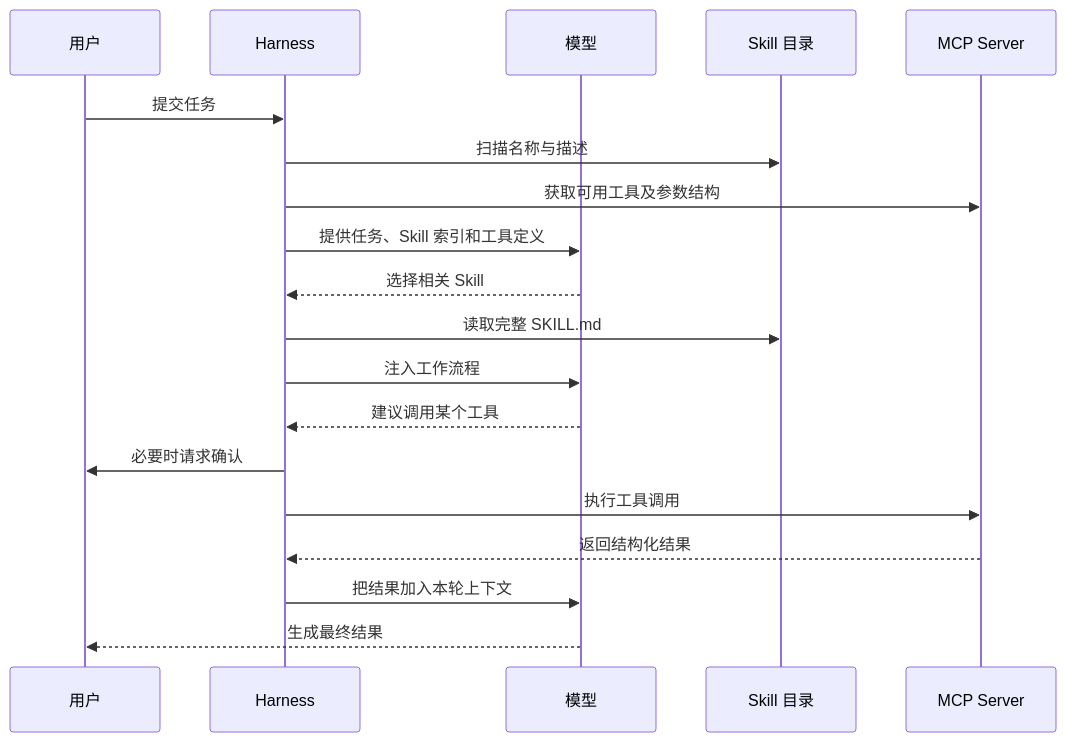
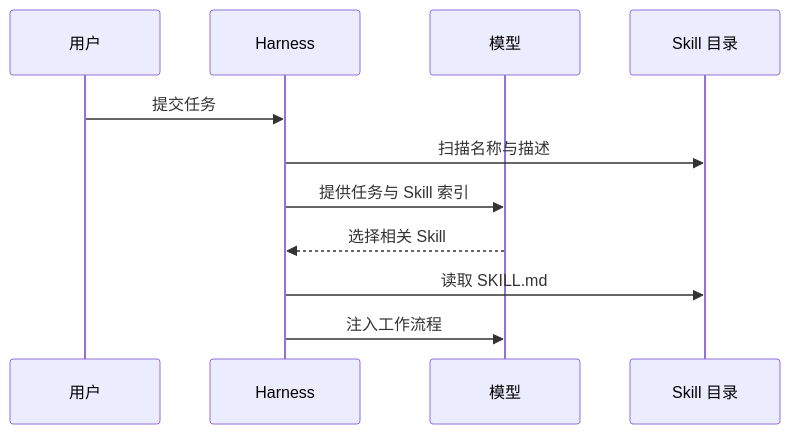
One commit to FoLaJJ/agent-systems-notes changed the fourth of 7 diagrams in README.md. Above: the diagram before and after it, drawn with Mermaid. The commit also changed other lines of this file and 11 other files, not shown here.

Commit message:
Improve Mermaid diagram readability

````diff
--- a/README.md
+++ b/README.md
@@ -85,21 +87,13 @@
 ```mermaid
 sequenceDiagram
     participant U as 用户
     participant H as Harness
     participant L as 模型
     participant S as Skill 目录
-    participant M as MCP Server
     U->>H: 提交任务
     H->>S: 扫描名称与描述
-    H->>M: 获取可用工具及参数结构
-    H->>L: 提供任务、Skill 索引和工具定义
+    H->>L: 提供任务与 Skill 索引
     L-->>H: 选择相关 Skill
-    H->>S: 读取完整 SKILL.md
+    H->>S: 读取 SKILL.md
     H->>L: 注入工作流程
-    L-->>H: 建议调用某个工具
-    H->>U: 必要时请求确认
-    H->>M: 执行工具调用
-    M-->>H: 返回结构化结果
-    H->>L: 把结果加入本轮上下文
-    L-->>U: 生成最终结果
 ```
````
